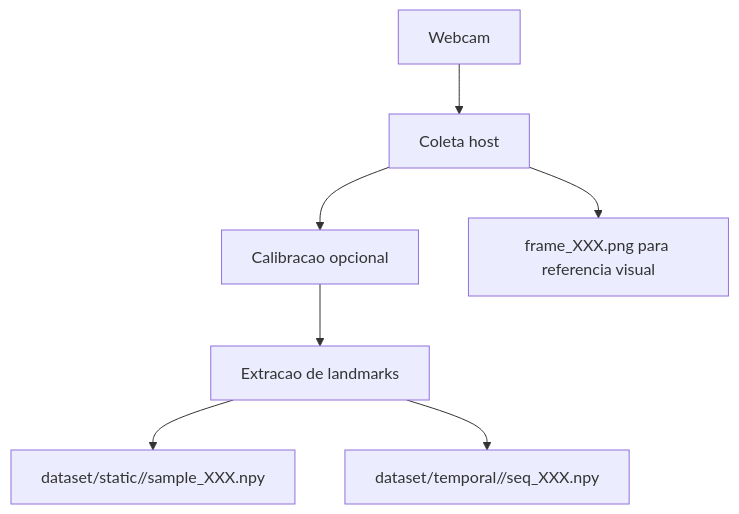
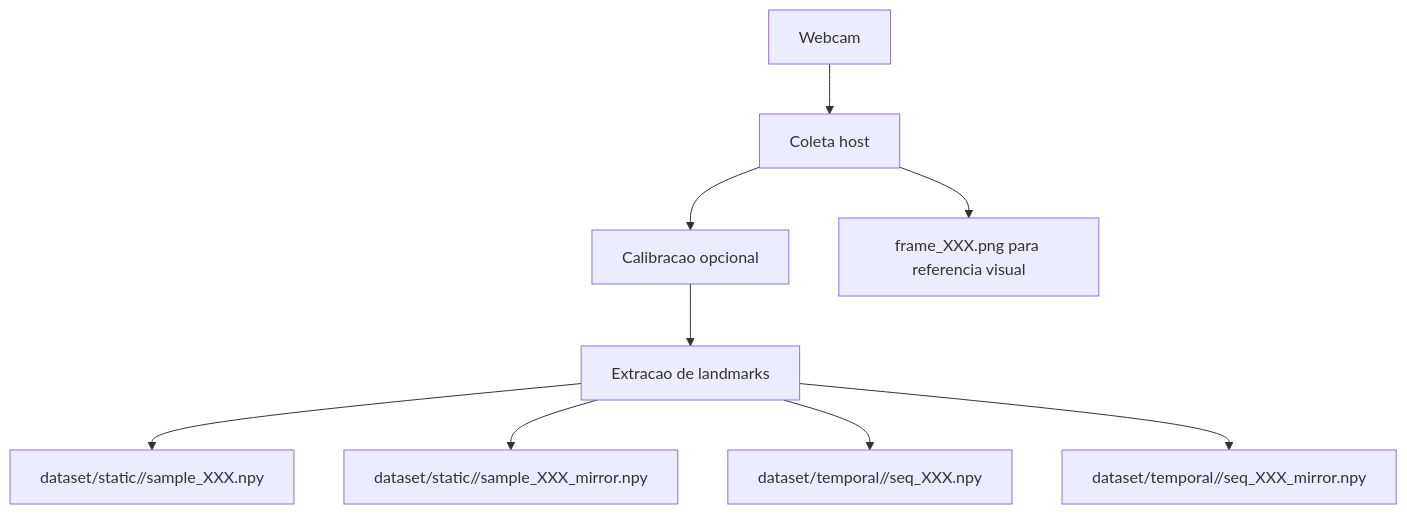
One commit to Gabryel-lima/LibrIA changed the third of 8 diagrams in docs/ARCHITECTURE.md. Above: the diagram before and after it, drawn with Mermaid. The commit also changed other lines of this file and 36 other files, not shown here.

````diff
--- a/docs/ARCHITECTURE.md
+++ b/docs/ARCHITECTURE.md
@@ -67,9 +67,11 @@
 ```mermaid
 flowchart TD
     A[Webcam] --> B[Coleta host]
     B --> C[Calibracao opcional]
     C --> D[Extracao de landmarks]
     D --> E[dataset/static/<label>/sample_XXX.npy]
-    D --> F[dataset/temporal/<label>/seq_XXX.npy]
-    B --> G[frame_XXX.png para referencia visual]
+    D --> F[dataset/static/<label>/sample_XXX_mirror.npy]
+    D --> G[dataset/temporal/<label>/seq_XXX.npy]
+    D --> H[dataset/temporal/<label>/seq_XXX_mirror.npy]
+    B --> I[frame_XXX.png para referencia visual]
 ```
````
